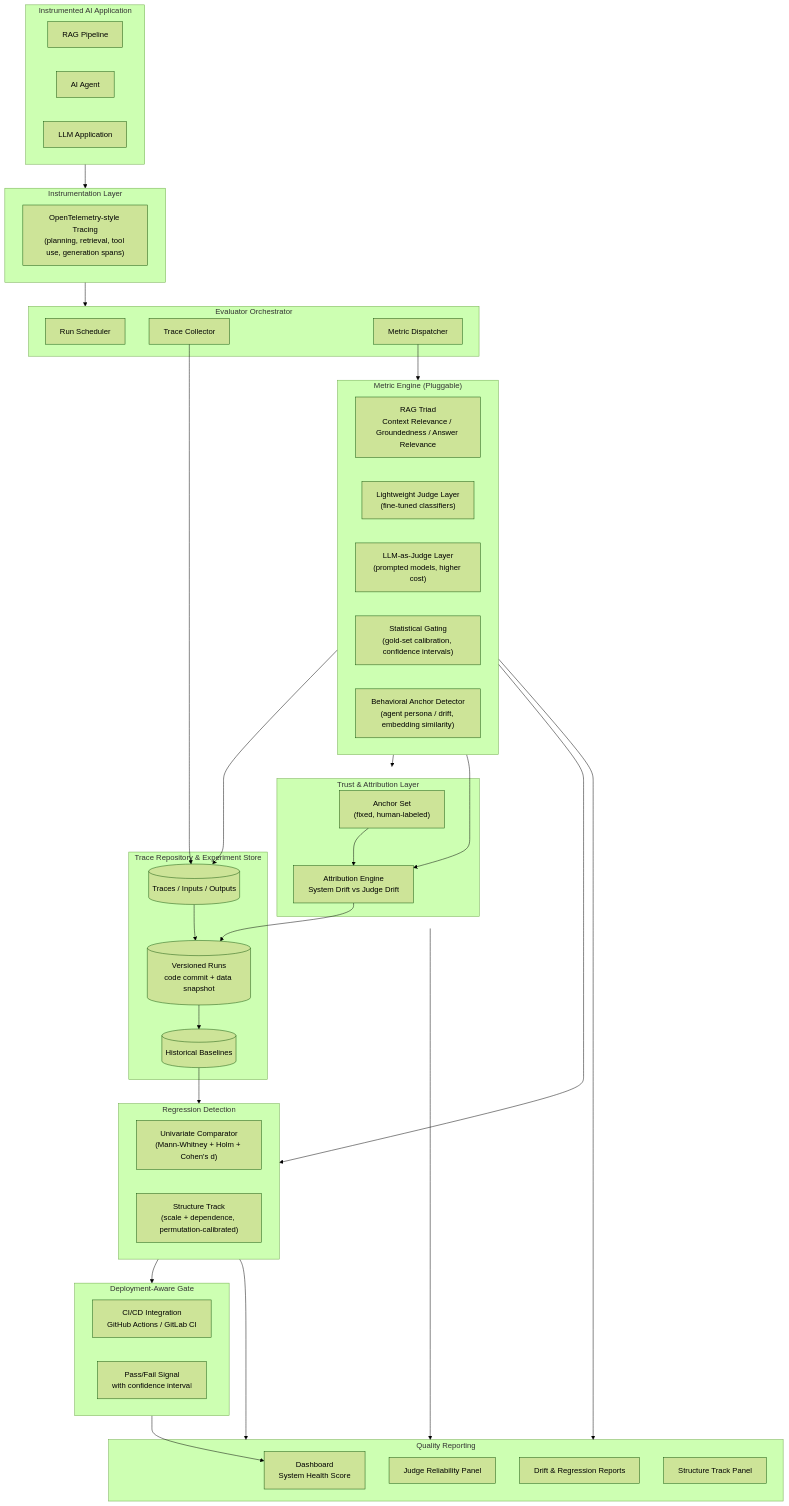
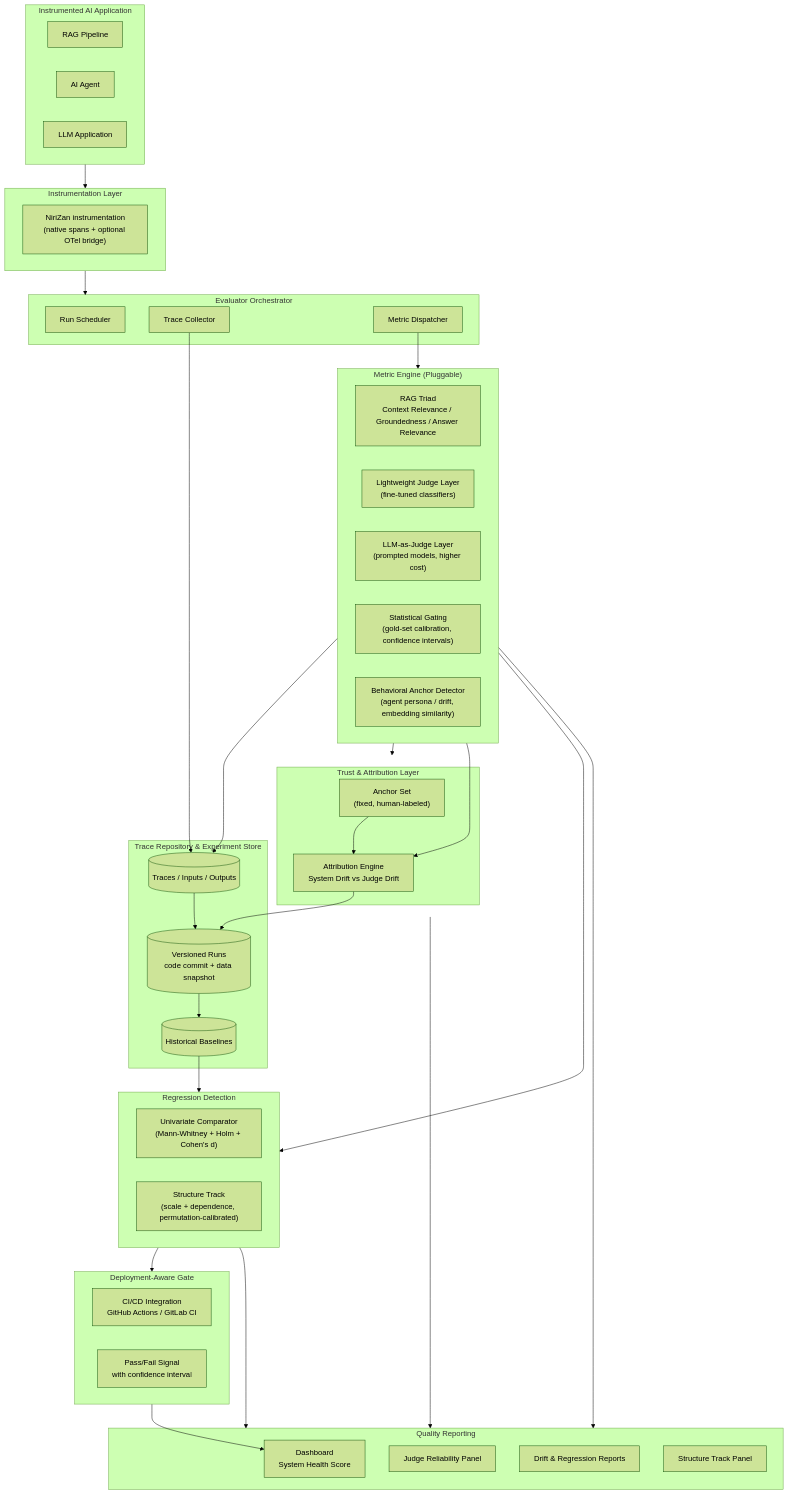
Before and after one commit to Red1-Rahman/NiriZan: the diagram in docs/architecture.md, drawn with Mermaid (forest theme).

Commit message:
docs(architecture): document OpenTelemetry integration in instrumentation layer

````diff
--- a/docs/architecture.md
+++ b/docs/architecture.md
@@ -23,73 +23,73 @@
 ```mermaid
 flowchart TB
     subgraph APP["Instrumented AI Application"]
         A1[RAG Pipeline]
         A2[AI Agent]
         A3[LLM Application]
     end
 
     subgraph INSTR["Instrumentation Layer"]
-        I1["OpenTelemetry-style Tracing<br/>(planning, retrieval, tool use, generation spans)"]
+        I1["NiriZan instrumentation<br/>(native spans + optional OTel bridge)"]
     end
 
     subgraph ORCH["Evaluator Orchestrator"]
         O1[Run Scheduler]
         O2[Trace Collector]
         O3[Metric Dispatcher]
     end
 
     subgraph METRICS["Metric Engine (Pluggable)"]
         M1["RAG Triad<br/>Context Relevance / Groundedness / Answer Relevance"]
         M2["Lightweight Judge Layer<br/>(fine-tuned classifiers)"]
         M3["LLM-as-Judge Layer<br/>(prompted models, higher cost)"]
         M4["Statistical Gating<br/>(gold-set calibration, confidence intervals)"]
         M5["Behavioral Anchor Detector<br/>(agent persona / drift, embedding similarity)"]
     end
 
     subgraph TRUST["Trust & Attribution Layer"]
         T1["Anchor Set<br/>(fixed, human-labeled)"]
         T2["Attribution Engine<br/>System Drift vs Judge Drift"]
     end
 
     subgraph STORE["Trace Repository & Experiment Store"]
         S1[(Traces / Inputs / Outputs)]
         S2[(Versioned Runs<br/>code commit + data snapshot)]
         S3[(Historical Baselines)]
     end
 
     subgraph REG["Regression Detection"]
         R1["Univariate Comparator<br/>(Mann-Whitney + Holm + Cohen's d)"]
         R2["Structure Track<br/>(scale + dependence, permutation-calibrated)"]
     end
 
     subgraph GATE["Deployment-Aware Gate"]
         G1["CI/CD Integration<br/>GitHub Actions / GitLab CI"]
         G2["Pass/Fail Signal<br/>with confidence interval"]
     end
 
     subgraph REPORT["Quality Reporting"]
         D1["Dashboard<br/>System Health Score"]
         D2["Judge Reliability Panel"]
         D3["Drift & Regression Reports"]
         D4["Structure Track Panel"]
     end
 
     APP --> INSTR
     INSTR --> ORCH
     O2 --> S1
     O3 --> METRICS
     METRICS --> S1
     METRICS --> TRUST
     T1 --> T2
     METRICS --> T2
     T2 --> S2
     S1 --> S2
     S2 --> S3
     S3 --> REG
     METRICS --> REG
     REG --> GATE
     REG --> REPORT
     TRUST --> REPORT
     METRICS --> REPORT
     GATE --> D1
 ```
````
